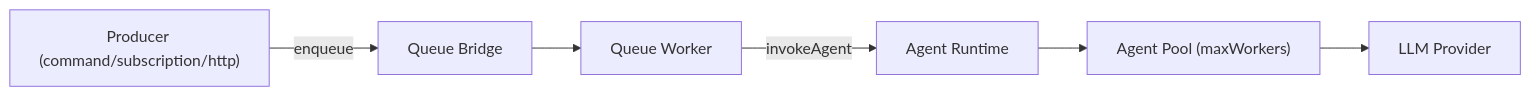
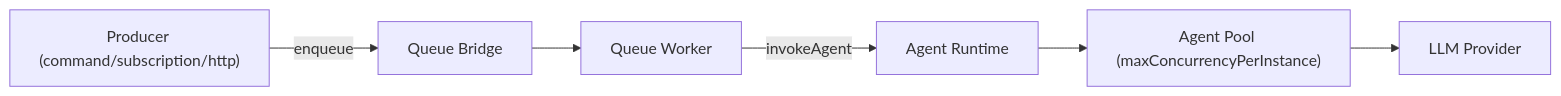
Before and after one commit to puristajs/purista: the third of 3 diagrams in website/doc/handbook/2_building_business-logic/agent/running-and-invoking-agents.md, drawn with Mermaid. The commit also changed other lines of this file and 60 other files, not shown here.

Commit message:
refactor(ai): unify concurrency naming and harden agent runtime flow

````diff
--- a/website/doc/handbook/2_building_business-logic/agent/running-and-invoking-agents.md
+++ b/website/doc/handbook/2_building_business-logic/agent/running-and-invoking-agents.md
@@ -348,8 +418,8 @@
 ```mermaid
 flowchart LR
   A["Producer (command/subscription/http)"] -->|enqueue| B["Queue Bridge"]
   B --> C["Queue Worker"]
   C -->|invokeAgent| D["Agent Runtime"]
-  D --> E["Agent Pool (maxWorkers)"]
+  D --> E["Agent Pool (maxConcurrencyPerInstance)"]
   E --> F["LLM Provider"]
 ```
````
